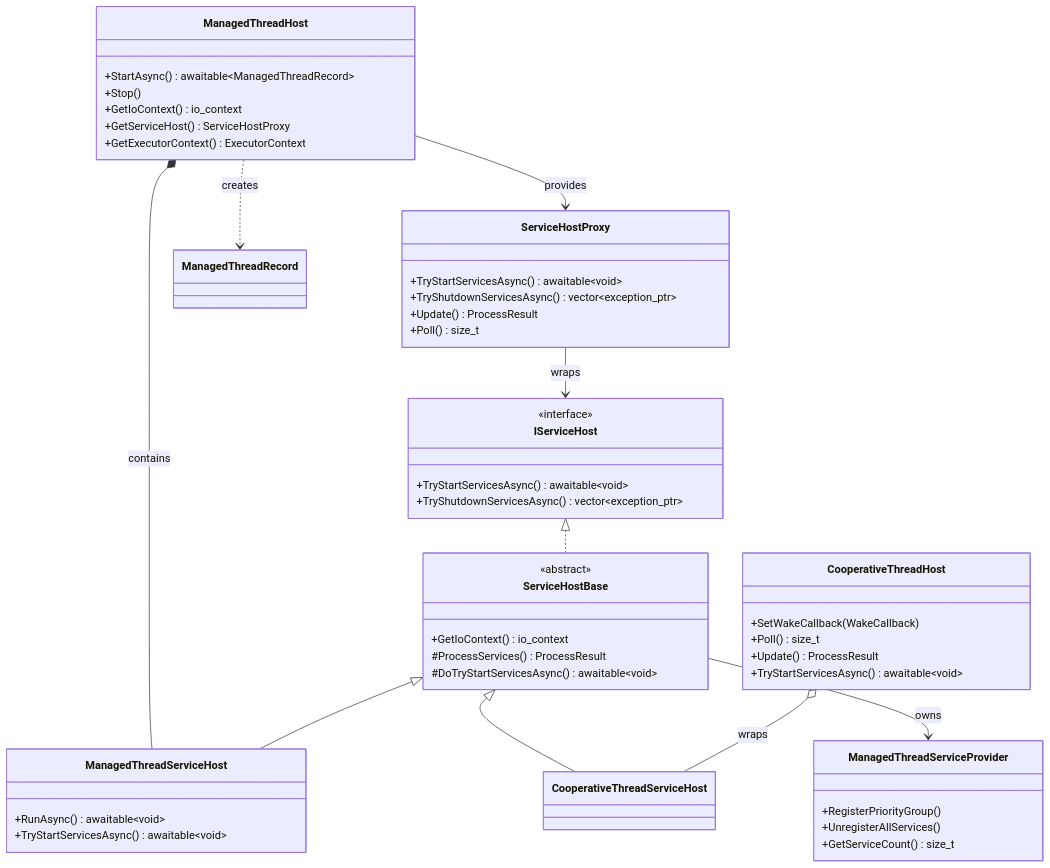
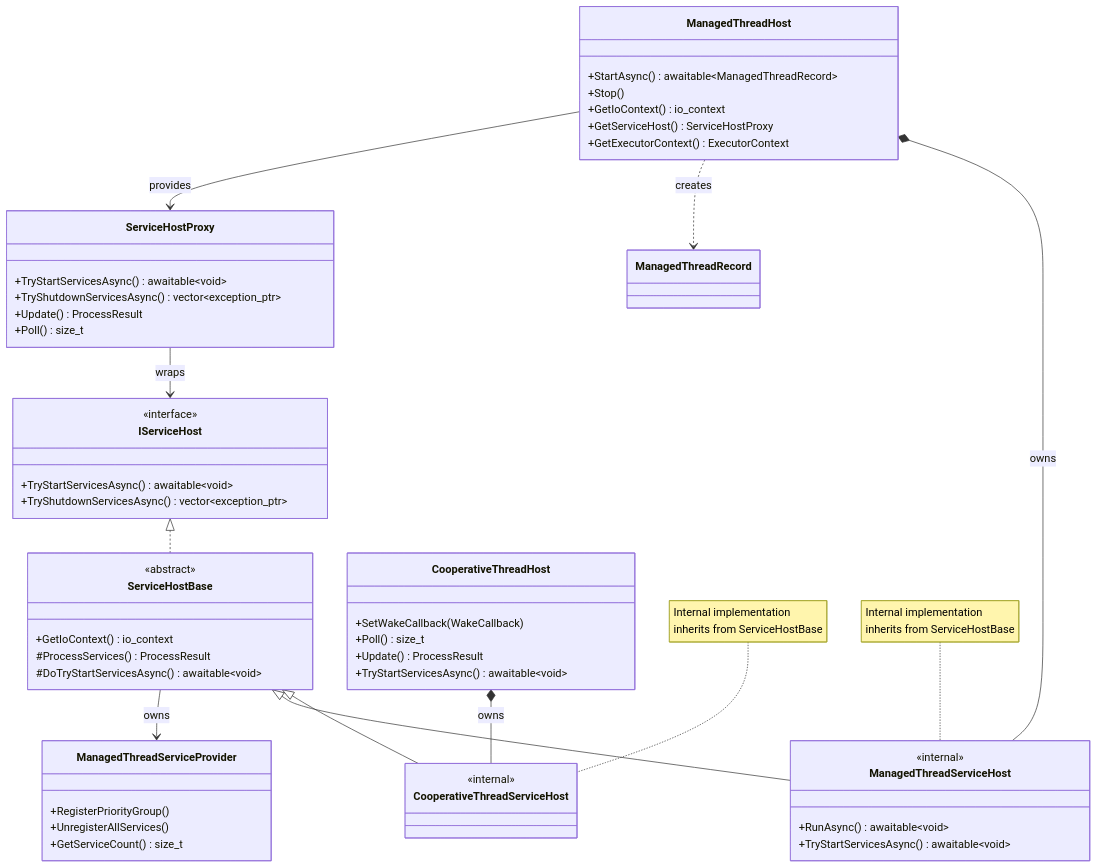
One commit to Unarmed1000/ServiceFrameworkExperiments changed the third of 12 diagrams in docs/class-diagrams.md. Above: the diagram before and after it, drawn with Mermaid. The commit also changed other lines of this file, not shown here.

Commit message:
feat: update class diagrams to reflect internal service host implementations and dual factory pattern

````diff
--- a/docs/class-diagrams.md
+++ b/docs/class-diagrams.md
@@ -100,63 +100,74 @@
 ```mermaid
 classDiagram
     direction TB
 
     class ServiceHostBase {
         <<abstract>>
         +GetIoContext() io_context
         #ProcessServices() ProcessResult
         #DoTryStartServicesAsync() awaitable~void~
     }
 
     class CooperativeThreadHost {
         +SetWakeCallback(WakeCallback)
         +Poll() size_t
         +Update() ProcessResult
         +TryStartServicesAsync() awaitable~void~
     }
 
     class ManagedThreadServiceHost {
         +RunAsync() awaitable~void~
         +TryStartServicesAsync() awaitable~void~
     }
 
     class ManagedThreadHost {
         +StartAsync() awaitable~ManagedThreadRecord~
         +Stop()
         +GetIoContext() io_context
         +GetServiceHost() ServiceHostProxy
         +GetExecutorContext() ExecutorContext
     }
 
     class ServiceHostProxy {
         +TryStartServicesAsync() awaitable~void~
         +TryShutdownServicesAsync() vector~exception_ptr~
         +Update() ProcessResult
         +Poll() size_t
     }
 
     class IServiceHost {
         <<interface>>
         +TryStartServicesAsync() awaitable~void~
         +TryShutdownServicesAsync() vector~exception_ptr~
     }
 
     class ManagedThreadServiceProvider {
         +RegisterPriorityGroup()
         +UnregisterAllServices()
         +GetServiceCount() size_t
     }
 
     class ManagedThreadRecord
 
-    CooperativeThreadHost o-- CooperativeThreadServiceHost : wraps
+    class CooperativeThreadServiceHost {
+        <<internal>>
+    }
+
+    class ManagedThreadServiceHost {
+        <<internal>>
+    }
+
+    CooperativeThreadHost *-- CooperativeThreadServiceHost : owns
     ServiceHostBase <|-- CooperativeThreadServiceHost
     ServiceHostBase <|-- ManagedThreadServiceHost
     ServiceHostBase --> ManagedThreadServiceProvider : owns
     IServiceHost <|.. ServiceHostBase
 
-    ManagedThreadHost *-- ManagedThreadServiceHost : contains
+    ManagedThreadHost *-- ManagedThreadServiceHost : owns
     ManagedThreadHost ..> ManagedThreadRecord : creates
     ServiceHostProxy --> IServiceHost : wraps
     ManagedThreadHost --> ServiceHostProxy : provides
+
+    note for CooperativeThreadServiceHost "Internal implementation<br/>inherits from ServiceHostBase"
+    note for ManagedThreadServiceHost "Internal implementation<br/>inherits from ServiceHostBase"
 ```
````
